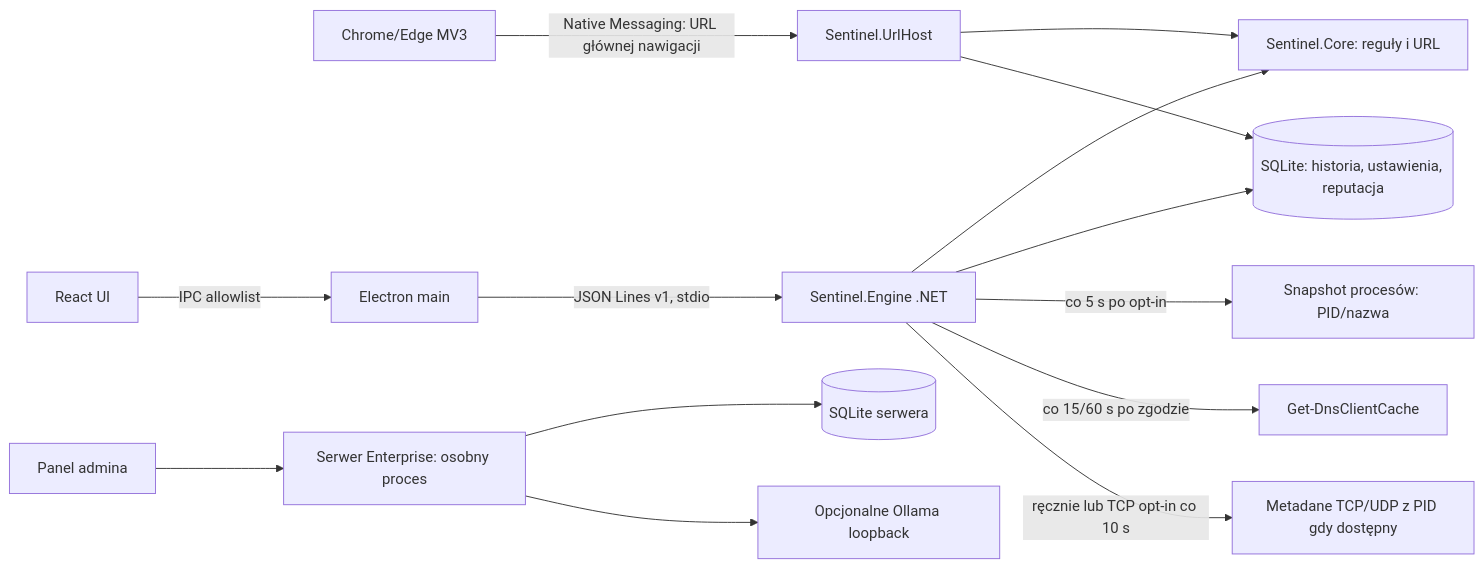
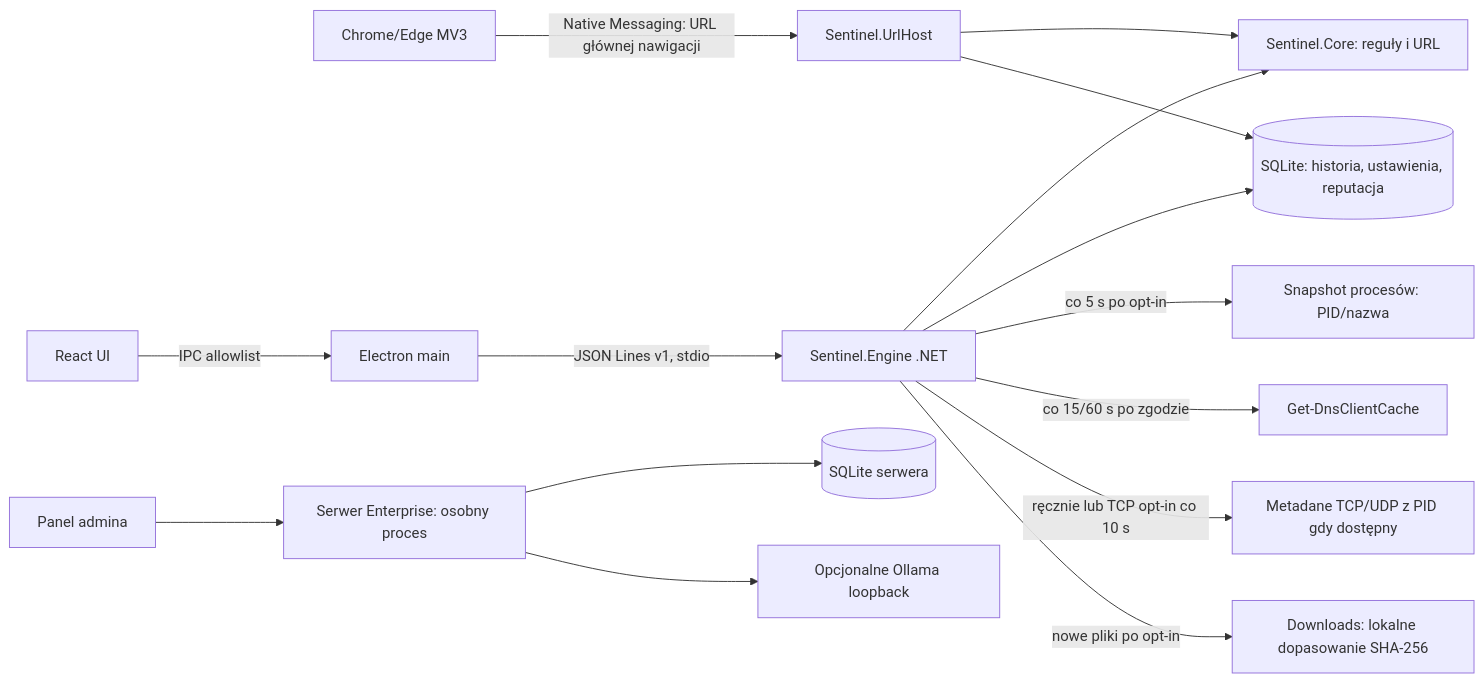
One commit to Matyyyy68/asystent changed the diagram in docs/IMPLEMENTATION_GAP_ANALYSIS.md. Above: the diagram before and after it, drawn with Mermaid. The commit also changed other lines of this file and 17 other files, not shown here.

````diff
--- a/docs/IMPLEMENTATION_GAP_ANALYSIS.md
+++ b/docs/IMPLEMENTATION_GAP_ANALYSIS.md
@@ -12,16 +12,17 @@
 ```mermaid
 flowchart LR
   B[Chrome/Edge MV3] -->|Native Messaging: URL głównej nawigacji| H[Sentinel.UrlHost]
   UI[React UI] -->|IPC allowlist| E[Electron main]
   E -->|JSON Lines v1, stdio| P[Sentinel.Engine .NET]
   P --> C[Sentinel.Core: reguły i URL]
   P --> DB[(SQLite: historia, ustawienia, reputacja)]
   P -->|co 5 s po opt-in| PROC[Snapshot procesów: PID/nazwa]
   P -->|co 15/60 s po zgodzie| DNS[Get-DnsClientCache]
   P -->|ręcznie lub TCP opt-in co 10 s| TCP[Metadane TCP/UDP z PID gdy dostępny]
+  P -->|nowe pliki po opt-in| FILE[Downloads: lokalne dopasowanie SHA-256]
   H --> C
   H --> DB
   SUI[Panel admina] --> API[Serwer Enterprise: osobny proces]
   API --> SDB[(SQLite serwera)]
   API --> AI[Opcjonalne Ollama loopback]
 ```
````
